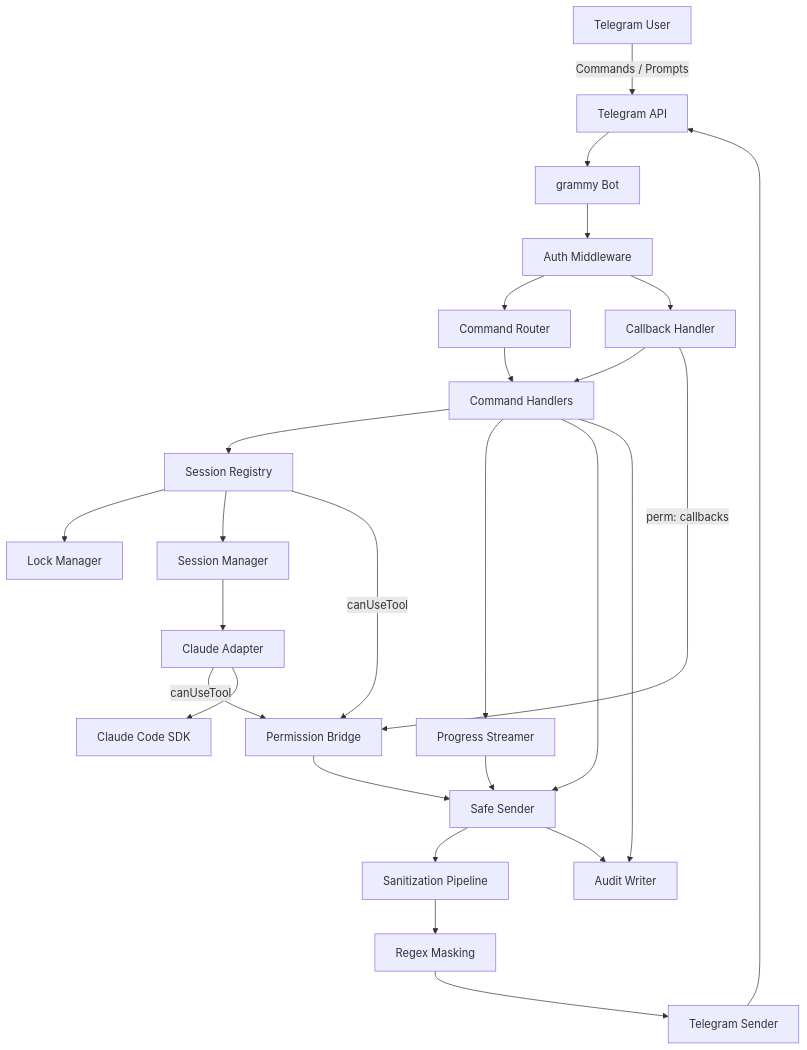
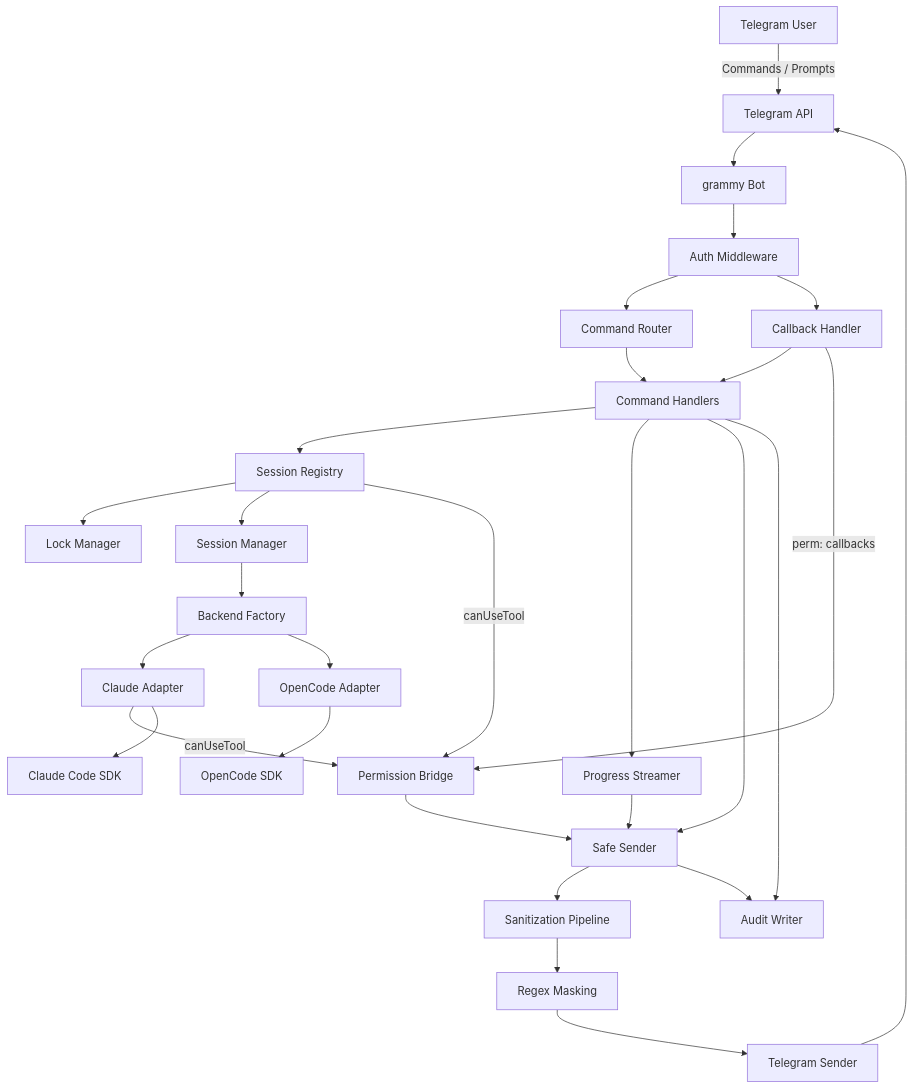
One commit to luongnv89/telecode changed the first of 4 diagrams in docs/architecture.md. Above: the diagram before and after it, drawn with Mermaid. The commit also changed other lines of this file and 30 other files, not shown here.

First line of the commit message:
feat: add OpenCode as alternative AI coding backend

````diff
--- a/docs/architecture.md
+++ b/docs/architecture.md
@@ -7,28 +7,31 @@
 ```mermaid
 graph TB
     User[Telegram User] -->|Commands / Prompts| TG[Telegram API]
     TG --> Bot[grammy Bot]
     Bot --> Auth[Auth Middleware]
     Auth --> Router[Command Router]
     Auth --> Callbacks[Callback Handler]
     Router --> Handlers[Command Handlers]
     Callbacks --> Handlers
     Callbacks -->|perm: callbacks| PB[Permission Bridge]
     Handlers --> Registry[Session Registry]
     Registry --> Lock[Lock Manager]
     Registry --> SM[Session Manager]
     Registry -->|canUseTool| PB
-    SM --> Adapter[Claude Adapter]
-    Adapter -->|canUseTool| PB
-    Adapter --> CC[Claude Code SDK]
+    SM --> Factory[Backend Factory]
+    Factory --> ClaudeAdapter[Claude Adapter]
+    Factory --> OCAdapter[OpenCode Adapter]
+    ClaudeAdapter -->|canUseTool| PB
+    ClaudeAdapter --> CC[Claude Code SDK]
+    OCAdapter --> OC[OpenCode SDK]
     Handlers --> Streamer[Progress Streamer]
     Streamer --> SafeSender[Safe Sender]
     Handlers --> SafeSender
     PB --> SafeSender
     SafeSender --> Pipeline[Sanitization Pipeline]
     Pipeline --> Regex[Regex Masking]
     Regex --> Sender[Telegram Sender]
     Sender --> TG
     Handlers --> Audit[Audit Writer]
     SafeSender --> Audit
 ```
````
